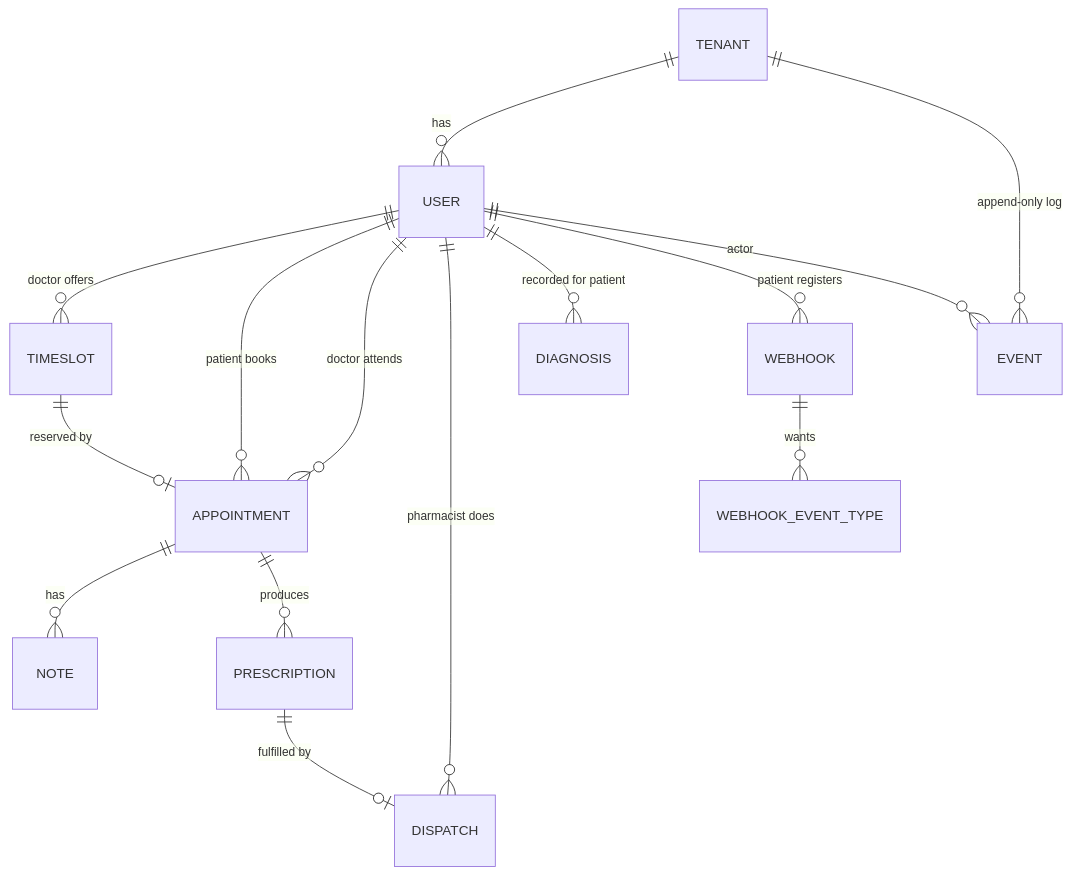
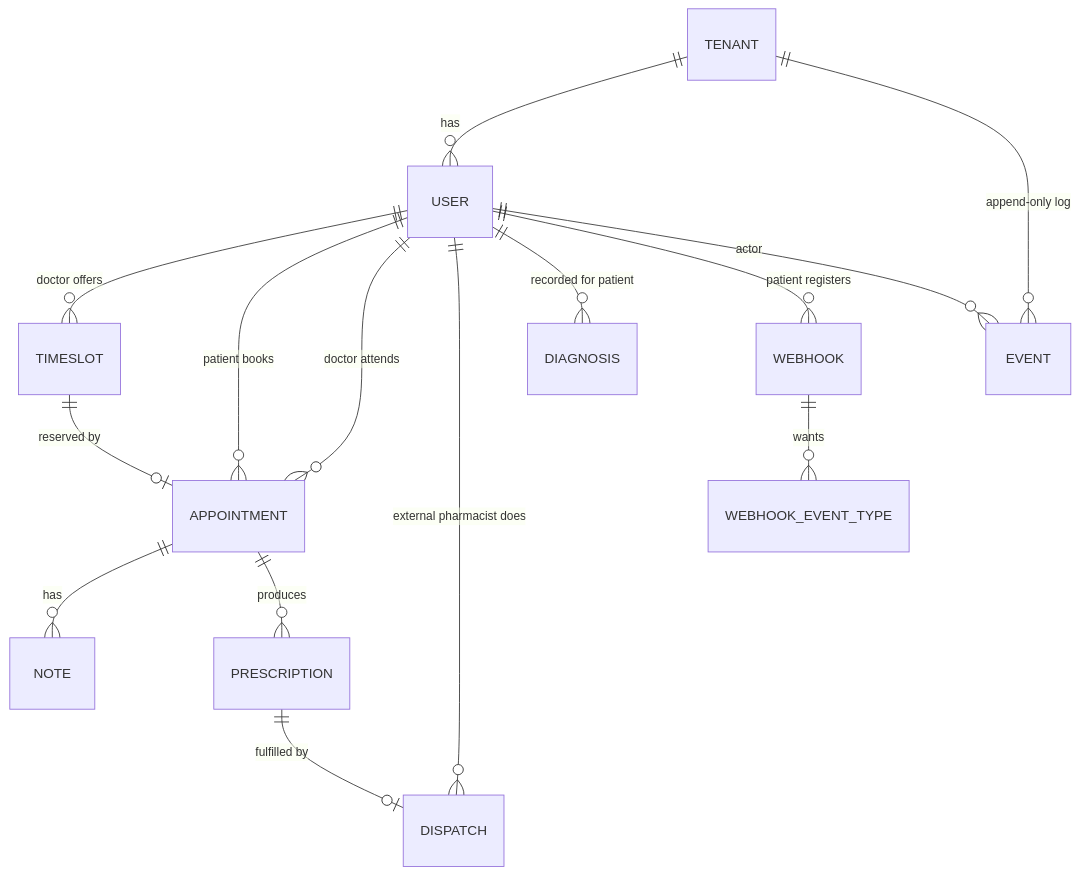
One commit to BhanuKiranChaluvadi/go_msg_queue changed the diagram in docs/database-design.md. Above: the diagram before and after it, drawn with Mermaid. The commit also changed other lines of this file and 8 other files, not shown here.

````diff
--- a/docs/database-design.md
+++ b/docs/database-design.md
@@ -427,17 +489,17 @@
 ```mermaid
 erDiagram
     TENANT ||--o{ USER : "has"
     USER ||--o{ TIMESLOT : "doctor offers"
     USER ||--o{ APPOINTMENT : "patient books"
     USER ||--o{ APPOINTMENT : "doctor attends"
     TIMESLOT ||--o| APPOINTMENT : "reserved by"
     APPOINTMENT ||--o{ NOTE : "has"
     APPOINTMENT ||--o{ PRESCRIPTION : "produces"
     PRESCRIPTION ||--o| DISPATCH : "fulfilled by"
-    USER ||--o{ DISPATCH : "pharmacist does"
+    USER ||--o{ DISPATCH : "external pharmacist does"
     USER ||--o{ DIAGNOSIS : "recorded for patient"
     USER ||--o{ WEBHOOK : "patient registers"
     WEBHOOK ||--o{ WEBHOOK_EVENT_TYPE : "wants"
     TENANT ||--o{ EVENT : "append-only log"
     USER ||--o{ EVENT : "actor"
 ```
````
